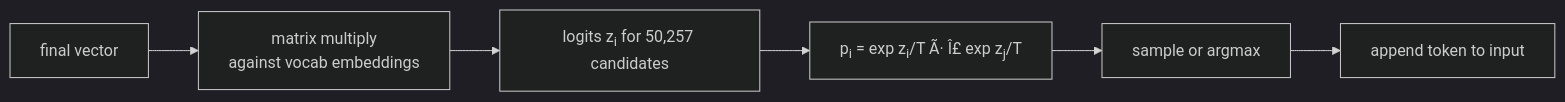
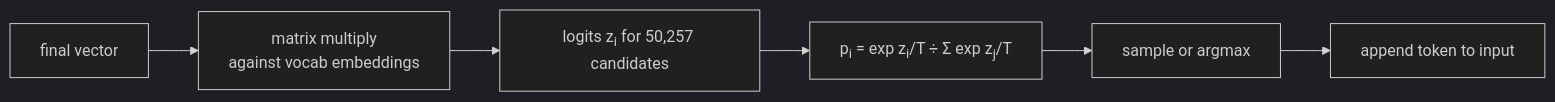
Before and after one commit to Mostakim2005/gpt-moe-3d-explainer: the sixth of 9 diagrams in docs/algorithms.md, drawn with Mermaid (dark theme). The commit also changed other lines of this file and 11 other files, not shown here.

````diff
--- a/docs/algorithms.md
+++ b/docs/algorithms.md
@@ -101,8 +132,8 @@
 ```mermaid
 flowchart LR
     H[final vector] --> M[matrix multiply\nagainst vocab embeddings]
     M --> LOGITS[logits z<sub>i</sub> for 50,257 candidates]
-    LOGITS --> SM[p<sub>i</sub> = exp z<sub>i</sub>/T Ã· Î£ exp z<sub>j</sub>/T]
+    LOGITS --> SM[p<sub>i</sub> = exp z<sub>i</sub>/T ÷ Σ exp z<sub>j</sub>/T]
     SM --> PICK[sample or argmax]
     PICK --> NEXT[append token to input]
 ```
````
